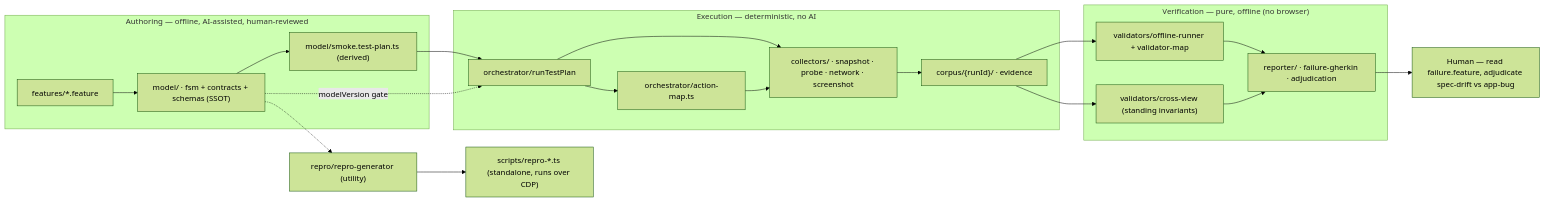
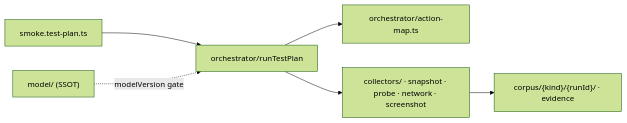
The third of 6 diagrams in docs/architecture.md (jstavel/reactive_testing), drawn with Mermaid (forest theme) before and after one commit. The commit also changed other lines of this file and 1 other file, not shown here.

Commit message:
docs(architecture): split pipeline flowchart into per-phase diagrams

````diff
--- a/docs/architecture.md
+++ b/docs/architecture.md
@@ -103,28 +117,8 @@
 ```mermaid
 flowchart LR
-    subgraph Author["Authoring — offline, AI-assisted, human-reviewed"]
-        F["features/*.feature"] --> M["model/ · fsm + contracts + schemas (SSOT)"]
-        M --> P["model/smoke.test-plan.ts (derived)"]
-    end
-
-    subgraph Run["Execution — deterministic, no AI"]
-        P --> O["orchestrator/runTestPlan"]
-        M -. "modelVersion gate" .-> O
-        O --> A["orchestrator/action-map.ts"]
-        O --> C["collectors/ · snapshot · probe · network · screenshot"]
-        A --> C
-        C --> CO["corpus/{runId}/ · evidence"]
-    end
-
-    subgraph Verify["Verification — pure, offline (no browser)"]
-        CO --> V["validators/offline-runner + validator-map"]
-        CO --> XV["validators/cross-view (standing invariants)"]
-        V --> R["reporter/ · failure-gherkin · adjudication"]
-        XV --> R
-    end
-
-    R --> H["Human — read failure.feature, adjudicate spec-drift vs app-bug"]
-
-    M -.-> RG["repro/repro-generator (utility)"]
-    RG --> S["scripts/repro-*.ts (standalone, runs over CDP)"]
+    P["smoke.test-plan.ts"] --> O["orchestrator/runTestPlan"]
+    M["model/ (SSOT)"] -. "modelVersion gate" .-> O
+    O --> A["orchestrator/action-map.ts"]
+    O --> C["collectors/ · snapshot · probe · network · screenshot"]
+    C --> CO["corpus/{kind}/{runId}/ · evidence"]
 ```
````
